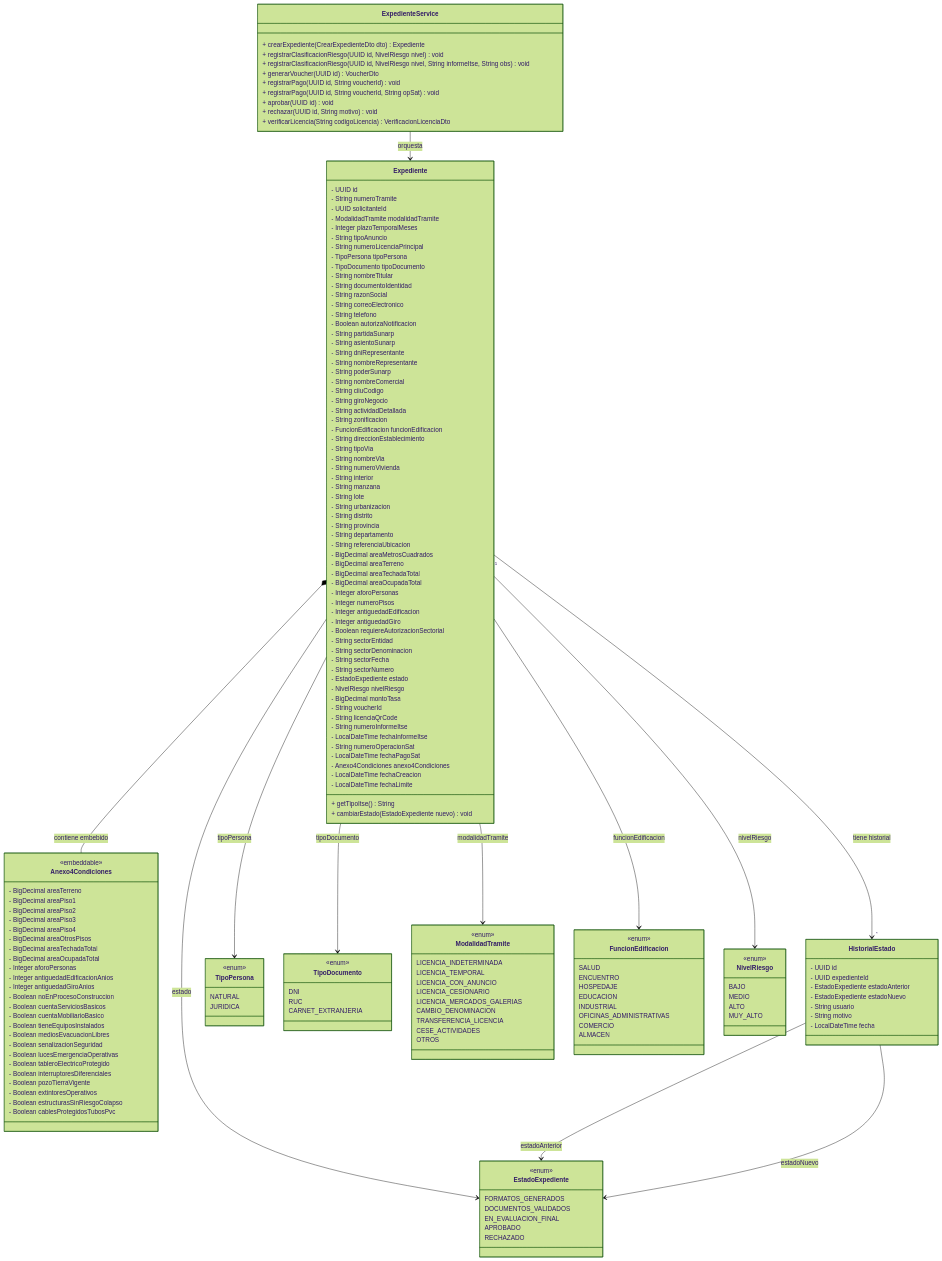
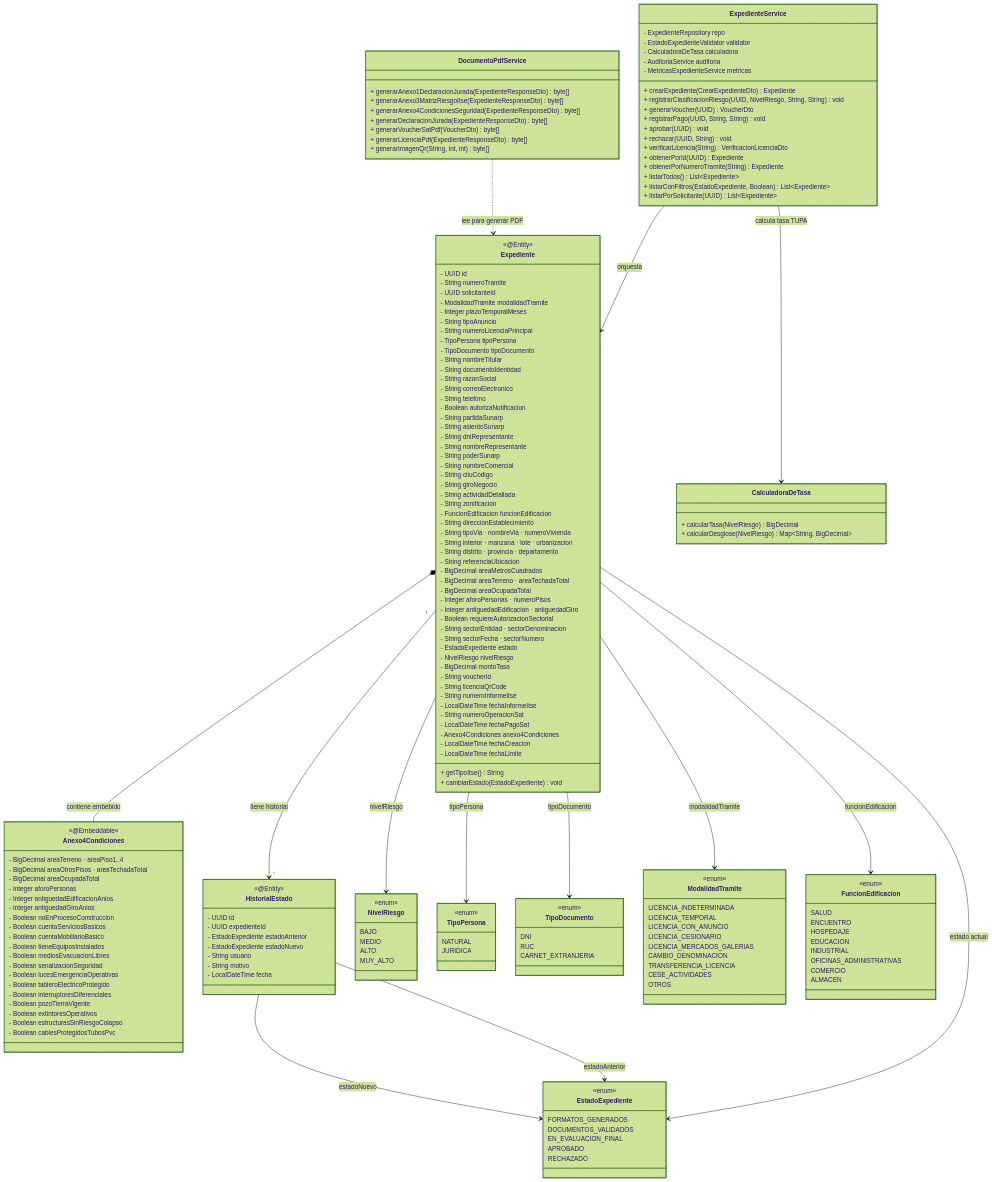
The fifth of 6 diagrams in docs/arquitectura/c4-model.md (Issirc20/MuniHuamanga), drawn with Mermaid (forest theme) before and after one commit. The commit also changed other lines of this file, not shown here.

Commit message:
docs(arquitectura/c4): actualizar modelo C4 a fase-03 con wizard frontend, diagrama componentes formularios, flujo wizard mermaid y stack tecnologico completo

````diff
--- a/docs/arquitectura/c4-model.md
+++ b/docs/arquitectura/c4-model.md
@@ -149,6 +220,7 @@
 ```mermaid
 classDiagram
     class Expediente {
+        <<@Entity>>
         - UUID id
         - String numeroTramite
         - UUID solicitanteId
@@ -176,30 +248,18 @@
         - String zonificacion
         - FuncionEdificacion funcionEdificacion
         - String direccionEstablecimiento
-        - String tipoVia
-        - String nombreVia
-        - String numeroVivienda
-        - String interior
-        - String manzana
-        - String lote
-        - String urbanizacion
-        - String distrito
-        - String provincia
-        - String departamento
+        - String tipoVia · nombreVia · numeroVivienda
+        - String interior · manzana · lote · urbanizacion
+        - String distrito · provincia · departamento
         - String referenciaUbicacion
         - BigDecimal areaMetrosCuadrados
-        - BigDecimal areaTerreno
-        - BigDecimal areaTechadaTotal
+        - BigDecimal areaTerreno · areaTechadaTotal
         - BigDecimal areaOcupadaTotal
-        - Integer aforoPersonas
-        - Integer numeroPisos
-        - Integer antiguedadEdificacion
-        - Integer antiguedadGiro
+        - Integer aforoPersonas · numeroPisos
+        - Integer antiguedadEdificacion · antiguedadGiro
         - Boolean requiereAutorizacionSectorial
-        - String sectorEntidad
-        - String sectorDenominacion
-        - String sectorFecha
-        - String sectorNumero
+        - String sectorEntidad · sectorDenominacion
+        - String sectorFecha · sectorNumero
         - EstadoExpediente estado
         - NivelRiesgo nivelRiesgo
         - BigDecimal montoTasa
@@ -213,18 +273,13 @@
         - LocalDateTime fechaCreacion
         - LocalDateTime fechaLimite
         + getTipoItse() String
-        + cambiarEstado(EstadoExpediente nuevo) void
+        + cambiarEstado(EstadoExpediente) void
     }
 
     class Anexo4Condiciones {
-        <<embeddable>>
-        - BigDecimal areaTerreno
-        - BigDecimal areaPiso1
-        - BigDecimal areaPiso2
-        - BigDecimal areaPiso3
-        - BigDecimal areaPiso4
-        - BigDecimal areaOtrosPisos
-        - BigDecimal areaTechadaTotal
+        <<@Embeddable>>
+        - BigDecimal areaTerreno · areaPiso1..4
+        - BigDecimal areaOtrosPisos · areaTechadaTotal
         - BigDecimal areaOcupadaTotal
         - Integer aforoPersonas
         - Integer antiguedadEdificacionAnios
@@ -245,6 +300,7 @@
     }
 
     class HistorialEstado {
+        <<@Entity>>
         - UUID id
         - UUID expedienteId
         - EstadoExpediente estadoAnterior
@@ -252,6 +308,23 @@
         - String usuario
         - String motivo
         - LocalDateTime fecha
+    }
+
+    class EstadoExpediente {
+        <<enum>>
+        FORMATOS_GENERADOS
+        DOCUMENTOS_VALIDADOS
+        EN_EVALUACION_FINAL
+        APROBADO
+        RECHAZADO
+    }
+
+    class NivelRiesgo {
+        <<enum>>
+        BAJO
+        MEDIO
+        ALTO
+        MUY_ALTO
     }
 
     class TipoPersona {
@@ -292,44 +365,52 @@
         ALMACEN
     }
 
-    class NivelRiesgo {
-        <<enum>>
-        BAJO
-        MEDIO
-        ALTO
-        MUY_ALTO
+    class ExpedienteService {
+        - ExpedienteRepository repo
+        - EstadoExpedienteValidator validator
+        - CalculadoraDeTasa calculadora
+        - AuditoriaService auditoria
+        - MetricasExpedienteService metricas
+        + crearExpediente(CrearExpedienteDto) Expediente
+        + registrarClasificacionRiesgo(UUID, NivelRiesgo, String, String) void
+        + generarVoucher(UUID) VoucherDto
+        + registrarPago(UUID, String, String) void
+        + aprobar(UUID) void
+        + rechazar(UUID, String) void
+        + verificarLicencia(String) VerificacionLicenciaDto
+        + obtenerPorId(UUID) Expediente
+        + obtenerPorNumeroTramite(String) Expediente
+        + listarTodos() List~Expediente~
+        + listarConFiltros(EstadoExpediente, Boolean) List~Expediente~
+        + listarPorSolicitante(UUID) List~Expediente~
     }
 
-    class EstadoExpediente {
-        <<enum>>
-        FORMATOS_GENERADOS
-        DOCUMENTOS_VALIDADOS
-        EN_EVALUACION_FINAL
-        APROBADO
-        RECHAZADO
+    class CalculadoraDeTasa {
+        + calcularTasa(NivelRiesgo) BigDecimal
+        + calcularDesglose(NivelRiesgo) Map~String, BigDecimal~
     }
 
-    class ExpedienteService {
-        + crearExpediente(CrearExpedienteDto dto) Expediente
-        + registrarClasificacionRiesgo(UUID id, NivelRiesgo nivel) void
-        + registrarClasificacionRiesgo(UUID id, NivelRiesgo nivel, String informeItse, String obs) void
-        + generarVoucher(UUID id) VoucherDto
-        + registrarPago(UUID id, String voucherId) void
-        + registrarPago(UUID id, String voucherId, String opSat) void
-        + aprobar(UUID id) void
-        + rechazar(UUID id, String motivo) void
-        + verificarLicencia(String codigoLicencia) VerificacionLicenciaDto
+    class DocumentoPdfService {
+        + generarAnexo1DeclaracionJurada(ExpedienteResponseDto) byte[]
+        + generarAnexo3MatrizRiesgoItse(ExpedienteResponseDto) byte[]
+        + generarAnexo4CondicionesSeguridad(ExpedienteResponseDto) byte[]
+        + generarDeclaracionJurada(ExpedienteResponseDto) byte[]
+        + generarVoucherSatPdf(VoucherDto) byte[]
+        + generarLicenciaPdf(ExpedienteResponseDto) byte[]
+        + generarImagenQr(String, int, int) byte[]
     }
 
     ExpedienteService --> Expediente : orquesta
+    ExpedienteService --> CalculadoraDeTasa : calcula tasa TUPA
     Expediente *-- Anexo4Condiciones : contiene embebido
+    Expediente --> EstadoExpediente : estado actual
+    Expediente --> NivelRiesgo : nivelRiesgo
     Expediente --> TipoPersona : tipoPersona
     Expediente --> TipoDocumento : tipoDocumento
     Expediente --> ModalidadTramite : modalidadTramite
     Expediente --> FuncionEdificacion : funcionEdificacion
-    Expediente --> NivelRiesgo : nivelRiesgo
-    Expediente --> EstadoExpediente : estado
     Expediente "1" --> "*" HistorialEstado : tiene historial
     HistorialEstado --> EstadoExpediente : estadoAnterior
     HistorialEstado --> EstadoExpediente : estadoNuevo
+    DocumentoPdfService ..> Expediente : lee para generar PDF
 ```
````
